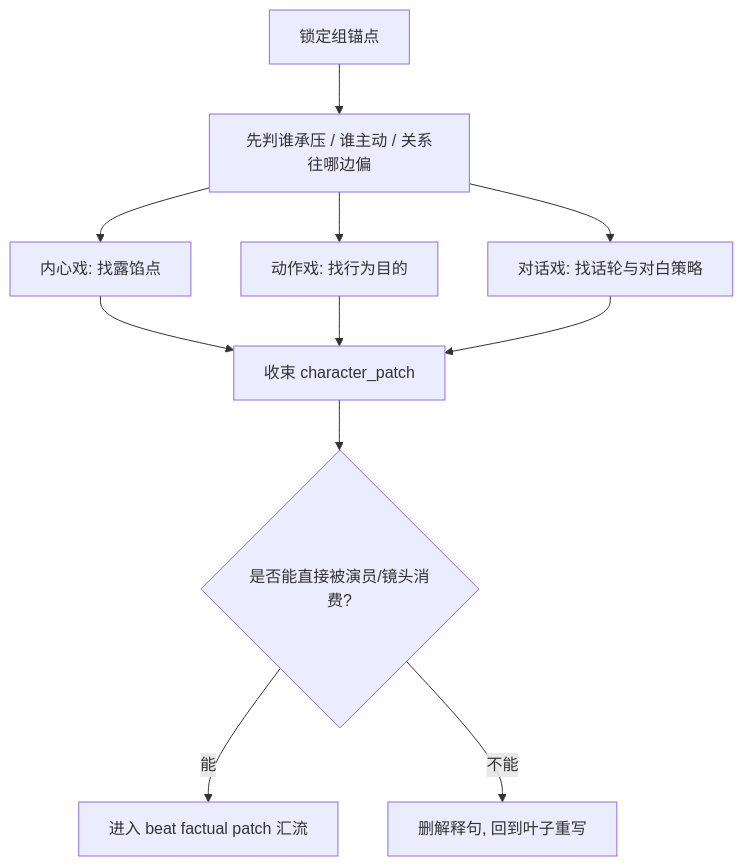
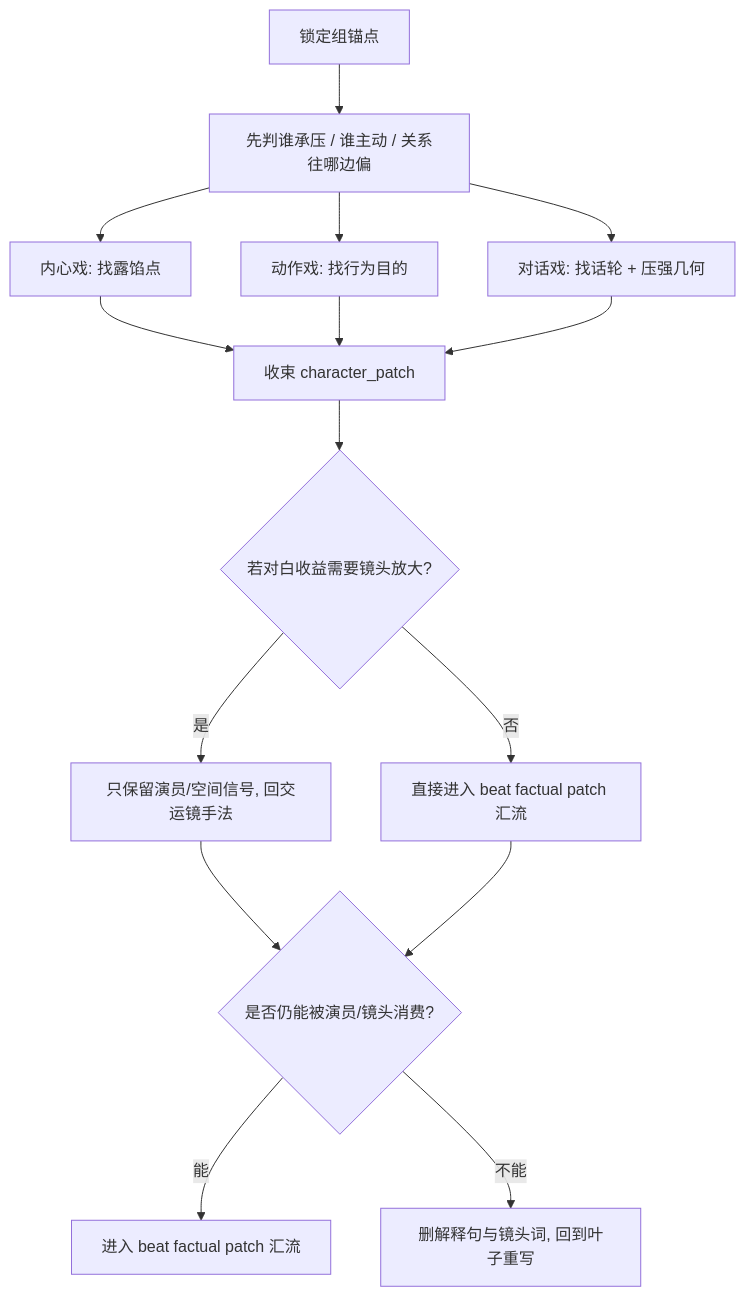
The diagram in .agents/skills/aigc/3-Detail/1-水月/1-角色表现/module-guide.md (ZEN-VOID/AI-CUT), drawn with Mermaid before and after one commit. The commit also changed other lines of this file and 291 other files, not shown here.

````diff
--- a/.agents/skills/aigc/3-Detail/1-水月/1-角色表现/module-guide.md
+++ b/.agents/skills/aigc/3-Detail/1-水月/1-角色表现/module-guide.md
@@ -24,13 +26,17 @@
 ```mermaid
 flowchart TD
     A["锁定组锚点"] --> B["先判谁承压 / 谁主动 / 关系往哪边偏"]
     B --> C["内心戏: 找露馅点"]
     B --> D["动作戏: 找行为目的"]
-    B --> E["对话戏: 找话轮与对白策略"]
+    B --> E["对话戏: 找话轮 + 压强几何"]
     C --> F["收束 character_patch"]
     D --> F
     E --> F
-    F --> G{"是否能直接被演员/镜头消费?"}
-    G -- "能" --> H["进入 beat factual patch 汇流"]
-    G -- "不能" --> I["删解释句, 回到叶子重写"]
+    F --> G{"若对白收益需要镜头放大?"}
+    G -- "是" --> H["只保留演员/空间信号, 回交运镜手法"]
+    G -- "否" --> I["直接进入 beat factual patch 汇流"]
+    H --> J{"是否仍能被演员/镜头消费?"}
+    I --> J
+    J -- "能" --> K["进入 beat factual patch 汇流"]
+    J -- "不能" --> L["删解释句与镜头词, 回到叶子重写"]
 ```
````
